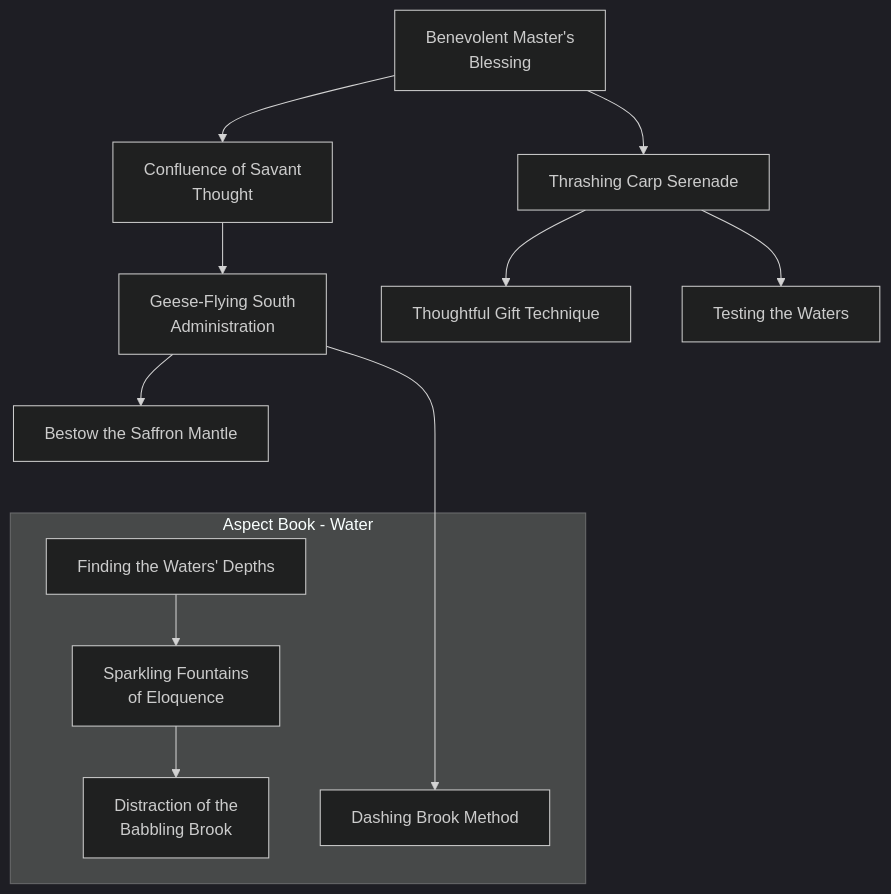
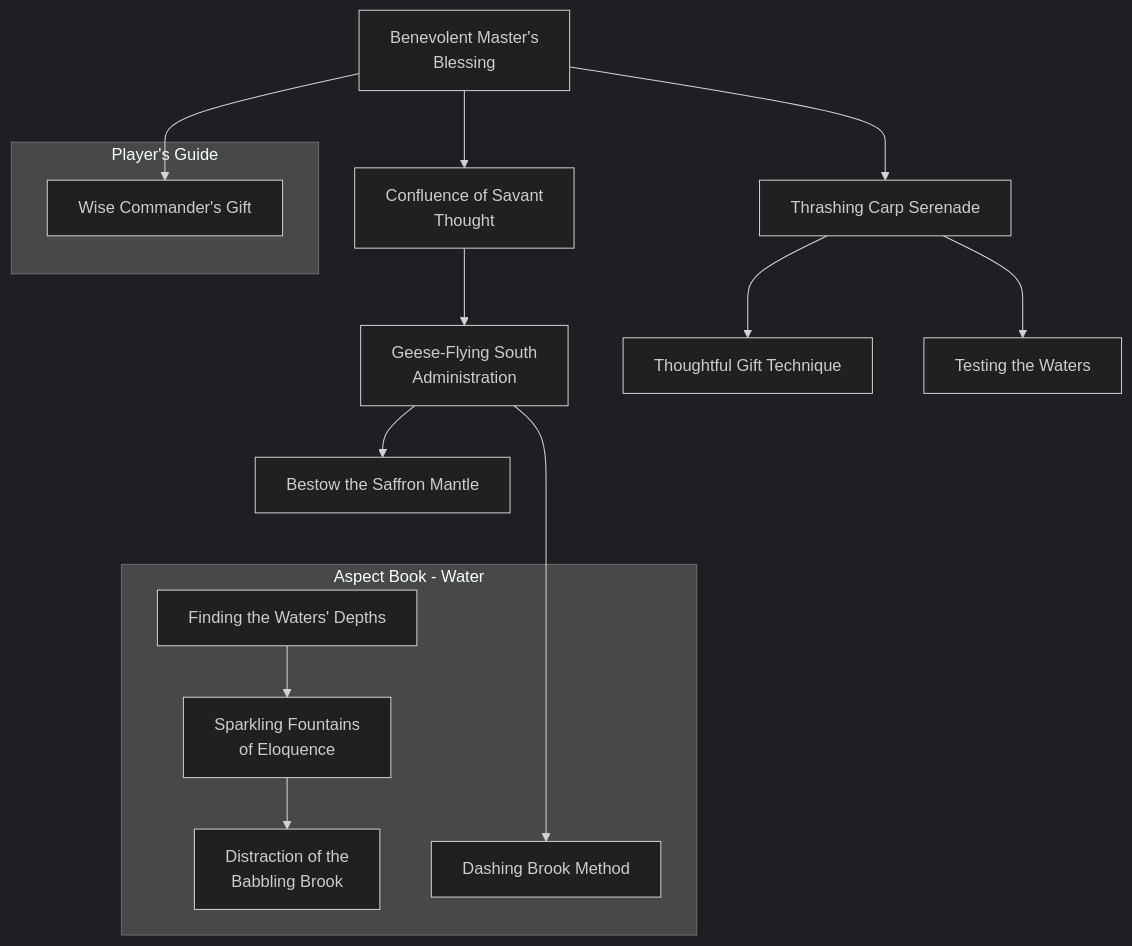
The diagram in docs/mermaid/dragon_blooded/water_bureaucracy_1.mmd (jrobichaud/exalted-charms-1e), drawn with Mermaid before and after one commit. The commit also changed 2 other files, not shown here.

Commit message:
add human empowerment charms

```diff
--- a/docs/mermaid/dragon_blooded/water_bureaucracy_1.mmd
+++ b/docs/mermaid/dragon_blooded/water_bureaucracy_1.mmd
@@ -311,3 +311,47 @@
     finding_the_waters_depths --> sparkling_fountains_of_eloquence
     sparkling_fountains_of_eloquence --> distraction_of_the_babbling_brook
     geese_flying_south_administration -----> dashing_brook_method
+
+
+    subgraph Player's Guide
+        wise_commanders_gift[Wise Commander's Gift]
+        click wise_commanders_gift callback "
+            Wise Commander's Gift<br>
+            <br>
+            Cost: 1 mote per mote granted, 1 additional committed mote, 1 Willpower<br>
+            Duration: One week per permanent Essence<br>
+            Type: Simple<br>
+            Minimum Bureaucracy: 3<br>
+            Minimum Essence: 2<br>
+            Prerequisite Charms: Benevolent Master's Blessing<br>
+            <br>
+            Use of this Charm was never common, even in the
+            First Age — Terrestrial Exalted simply do not have enough
+            Essence to grant it to their servants and prefer to make
+            artifacts that are both operable by mortals and limited in
+            power (to prevent those mortals using them against their
+            masters). Still, in some instances, no other alternative is
+            available, and so, this Charm was developed. The Terrestrial
+            may grant no more motes than twice his permanent
+            Essence with this Charm, nor may a mortal benefit from
+            more than one application of this Charm at once, even
+            from different Dragon-Blooded. The Dragon-Blooded can
+            gift Essence to as many mortals as his permanent Essence
+            at any time and commits 1 additional mote per mortal
+            affected in this fashion.<br>
+            Motes gifted by this Charm do not regenerate normally
+            — once they have all been spent, the Charm ends.
+            If the Terrestrial withdraws his commitment, the Charm
+            also ends immediately, and the mortal loses all granted
+            motes. Motes gained in this fashion may be used in any way
+            mortals may normally spend Essence, including committing
+            them to attune to artifacts, if the mortal has the right
+            Merits. Artifacts attuned in this fashion function for one
+            week before becoming de-attuned — the motes committed
+            do not regenerate normally, and so, eventually, their
+            power fades.
+            "
+
+    end
+
+    benevolent_masters_blessing --> wise_commanders_gift
```
